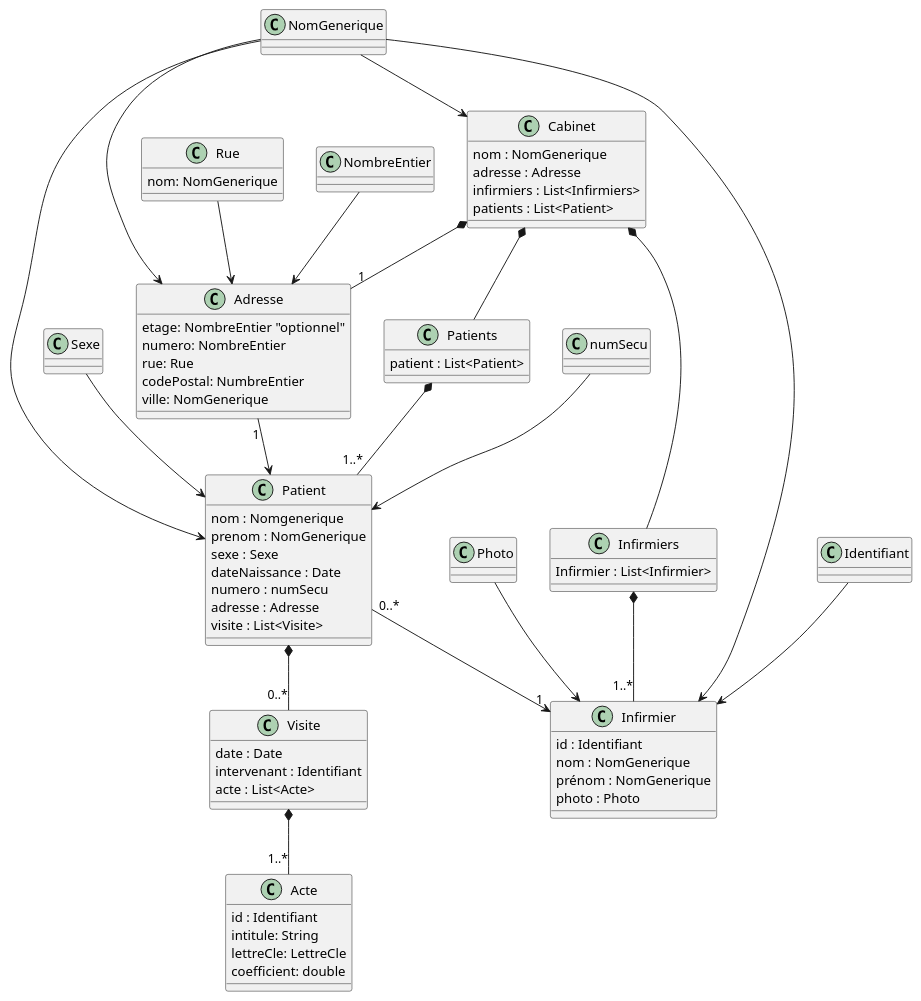
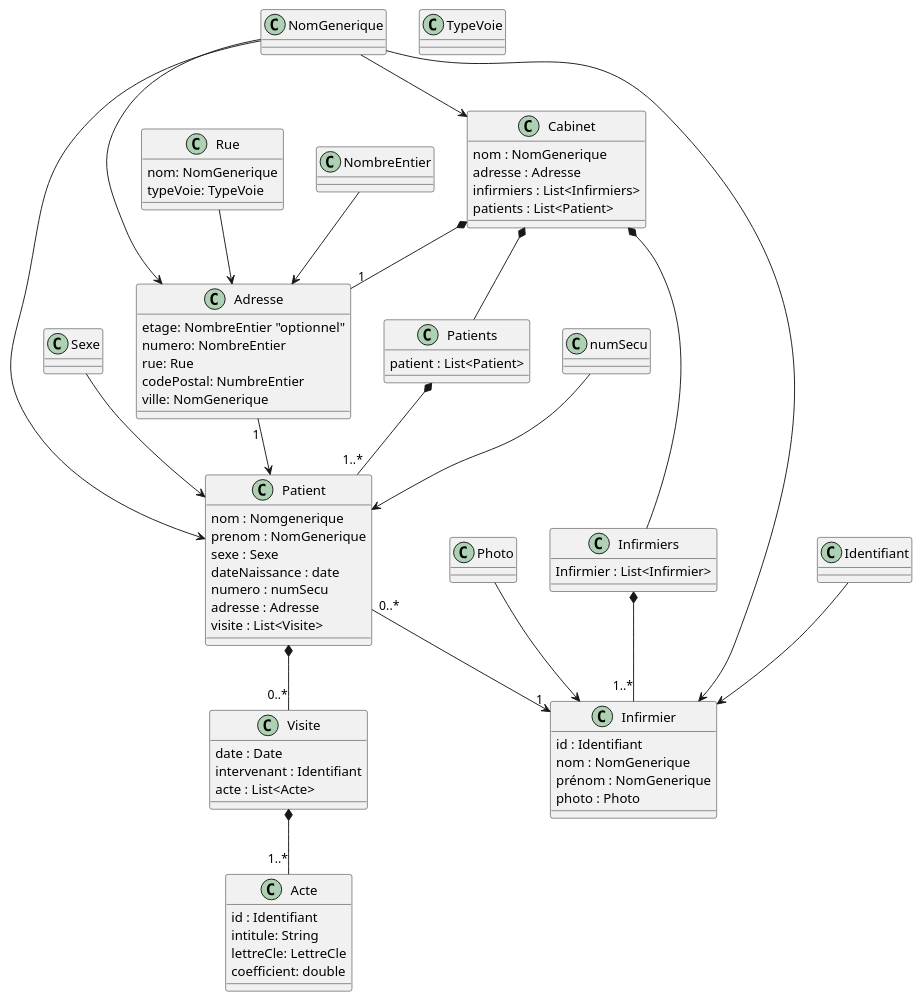
One commit to dramekhoyane-oss/XML-Projets changed the diagram in CabinetInfermier/cabinet.plantuml. Above: the diagram before and after it, drawn with PlantUML. The commit also changed 1 other file, not shown here.

Commit message:
ecriture des complexType: "Patients", "Infirmiers",  "Patient", "Adresse", "Acte" et ecriture des simpleType : "Sexe", "numSecu", "NombreEntier", "LettreCle"

```diff
--- a/CabinetInfermier/cabinet.plantuml
+++ b/CabinetInfermier/cabinet.plantuml
@@ -1,137 +1,142 @@
 @startuml
 
 class Cabinet {
 nom : NomGenerique 
 adresse : Adresse 
 infirmiers : List<Infirmiers>
 patients : List<Patient>
 }
 
 /' les classes conteneurs de patien et infirmier'/
 class Patients{
 patient : List<Patient>
 }
 
 class Infirmiers{
 Infirmier : List<Infirmier>
 }
 
 
 class Patient{
 nom : Nomgenerique
 prenom : NomGenerique
 sexe : Sexe 
-dateNaissance : Date
+dateNaissance : date
 numero : numSecu
 adresse : Adresse
 visite : List<Visite>
 }
 
 class Infirmier{
 id : Identifiant 
 nom : NomGenerique
 prénom : NomGenerique
 photo : Photo
 }
 
 class Visite{
 date : Date
-intervenant : Identifiant /' ou id '/
+intervenant : Identifiant /' id de l'infirmier intervenu'/
 acte : List<Acte>
 }
 
 class Acte{
 id : Identifiant 
 intitule: String
 lettreCle: LettreCle
 coefficient: double
 
 }
 
 
 class Adresse{
 etage: NombreEntier "optionnel"
 numero: NombreEntier
 rue: Rue 
 codePostal: NumbreEntier
 ville: NomGenerique
 }
 
 class Rue{
 nom: NomGenerique
+typeVoie: TypeVoie
 }
 
 /' NomGenerique: passer en classe : nom, prenom, ville '/
 class NomGenerique {
 } 
 
 
 /' Identifiant: 3 chiffres, ex: 001-999 '/
 class Identifiant{
 }
 
 /' NombreEntier: entier >=0 '/
 class NombreEntier{
 }
 
 /' Sexe: M ou F '/
 class Sexe{
 }
 
 /'numSecu: composé de 13 chiffres, suivi d’une clé de contrôle
  de 2 chiffres  comprise entre 01 et 97 '/
 class numSecu{
 }
 
 /'extension .jpg | .png '/
 class Photo{
+}
+
+/'TypeVoie: enumération '/
+class TypeVoie{
 }
 
 
 
 
 /'les relations '/
 
 /'la Composition (*--): La "partie" ne peut pas exister sans le "tout"
 exemple: Cabinet -> la "Tout" , Infirmiers -> la "Partie"
 si le cabinet ferme, plus la classe Infirmiers(plus de raison d'etre)
 '/
 
 /'L'Agrégation (o--): La "partie" peut exister indépendamment du "tout"
 '/
 
 /' A --> B : A -> (A l'element simple , B -> l'element qui utilise A) lien logique simple qui peut signifier "est affecteé à"
  '/
 
 
 Cabinet *-- Infirmiers
 Cabinet *-- Patients
 Cabinet *-- "1" Adresse 
 
 Infirmiers *-- "1..*" Infirmier
 
 Patients *-- "1..*" Patient
 Patient *-- "0..*" Visite /'une visite ne peut pas exister sans patient '/
 Patient "0..*" --> "1" Infirmier /' 1 Infirmier a 0 ou +sieur Patient '/
 
 Visite *-- "1..*"  Acte 
 
 NomGenerique --> Cabinet 
 NomGenerique --> Infirmier
 NomGenerique --> Patient /'nom + Prénom'/
 NomGenerique --> Adresse  /'Ville'/
 NombreEntier --> Adresse  /'CodePostal'/
 numSecu --> Patient 
 
 Sexe--> Patient
 Adresse "1" --> Patient
 Identifiant --> Infirmier
 Photo --> Infirmier
 Rue --> Adresse
 
 
 
 
 
 
 @enduml
```
